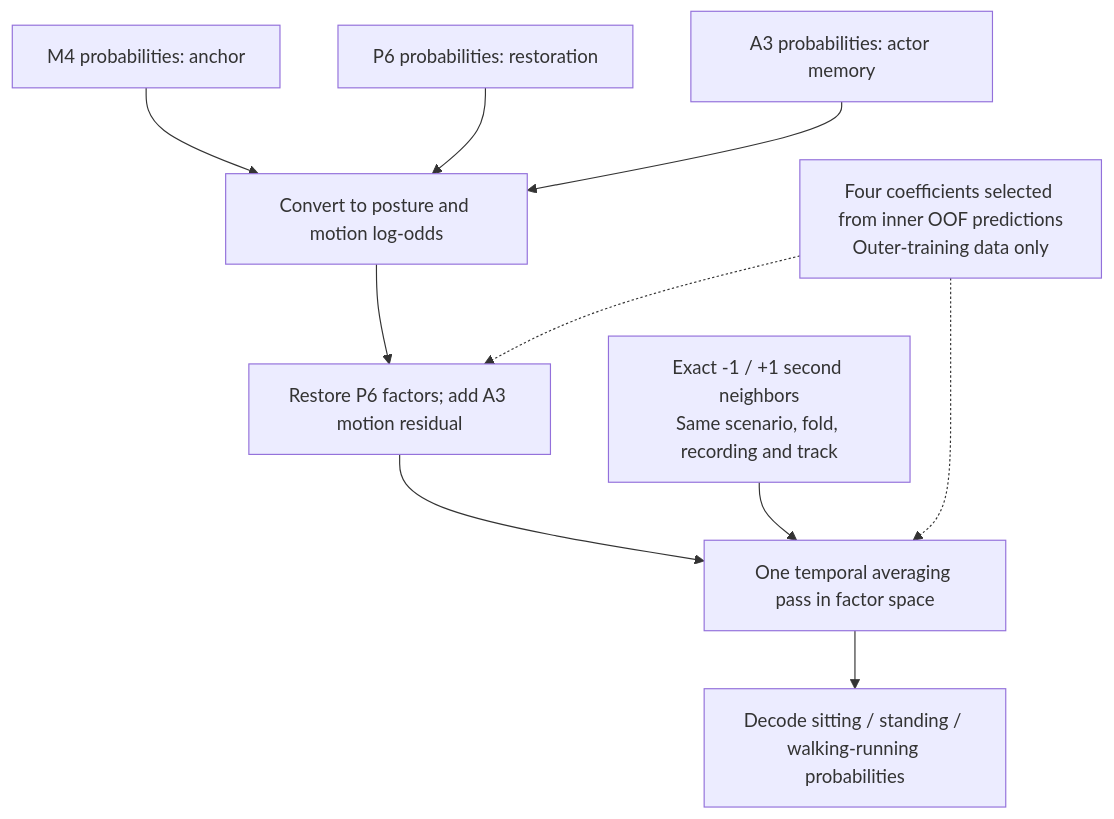
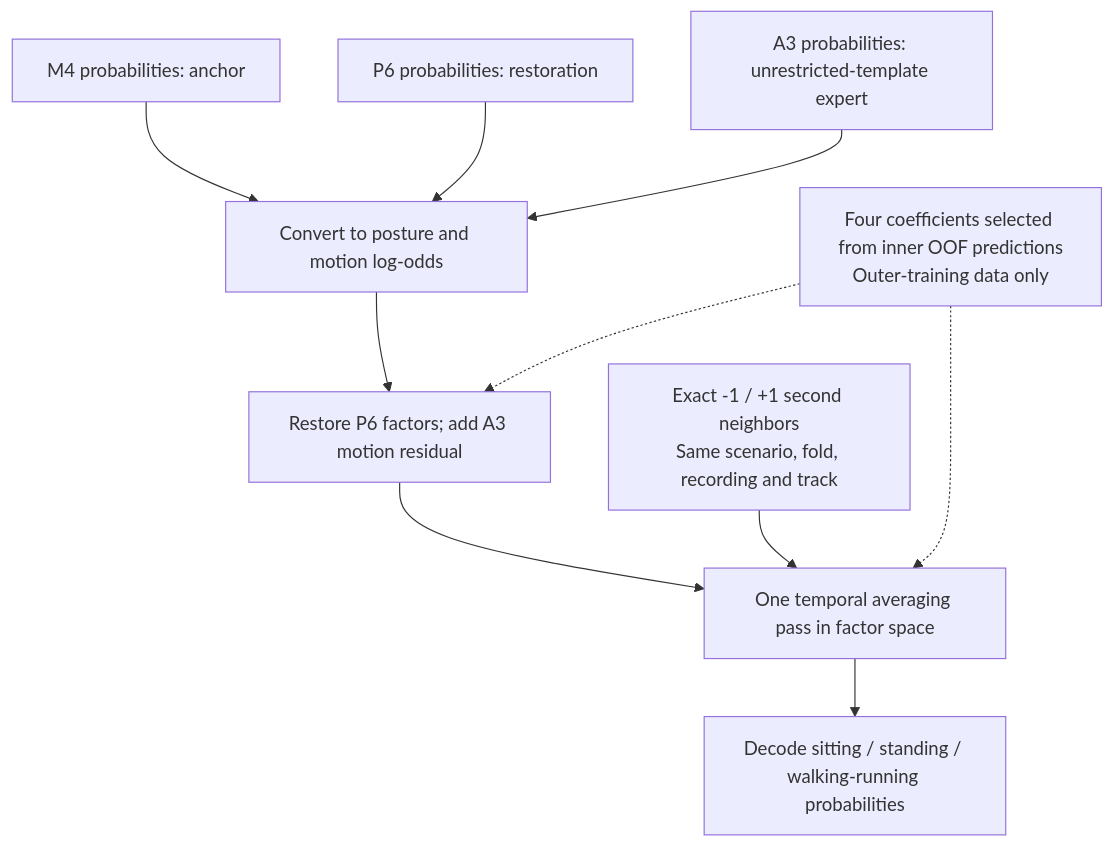
One commit to abdullahuseyinli-dot/arftr changed the first of 2 diagrams in docs/ARCHITECTURE.md. Above: the diagram before and after it, drawn with Mermaid. The commit also changed other lines of this file and 15 other files, not shown here.

````diff
--- a/docs/ARCHITECTURE.md
+++ b/docs/ARCHITECTURE.md
@@ -26,12 +29,12 @@
 ```mermaid
 flowchart TD
     M["M4 probabilities: anchor"] --> F["Convert to posture and motion log-odds"]
     P["P6 probabilities: restoration"] --> F
-    A["A3 probabilities: actor memory"] --> F
+    A["A3 probabilities: unrestricted-template expert"] --> F
     F --> R["Restore P6 factors; add A3 motion residual"]
     S["Four coefficients selected from inner OOF predictions<br/>Outer-training data only"] -.-> R
     S -.-> T
     R --> T["One temporal averaging pass in factor space"]
     N["Exact -1 / +1 second neighbors<br/>Same scenario, fold, recording and track"] --> T
     T --> D["Decode sitting / standing / walking-running probabilities"]
 ```
````
